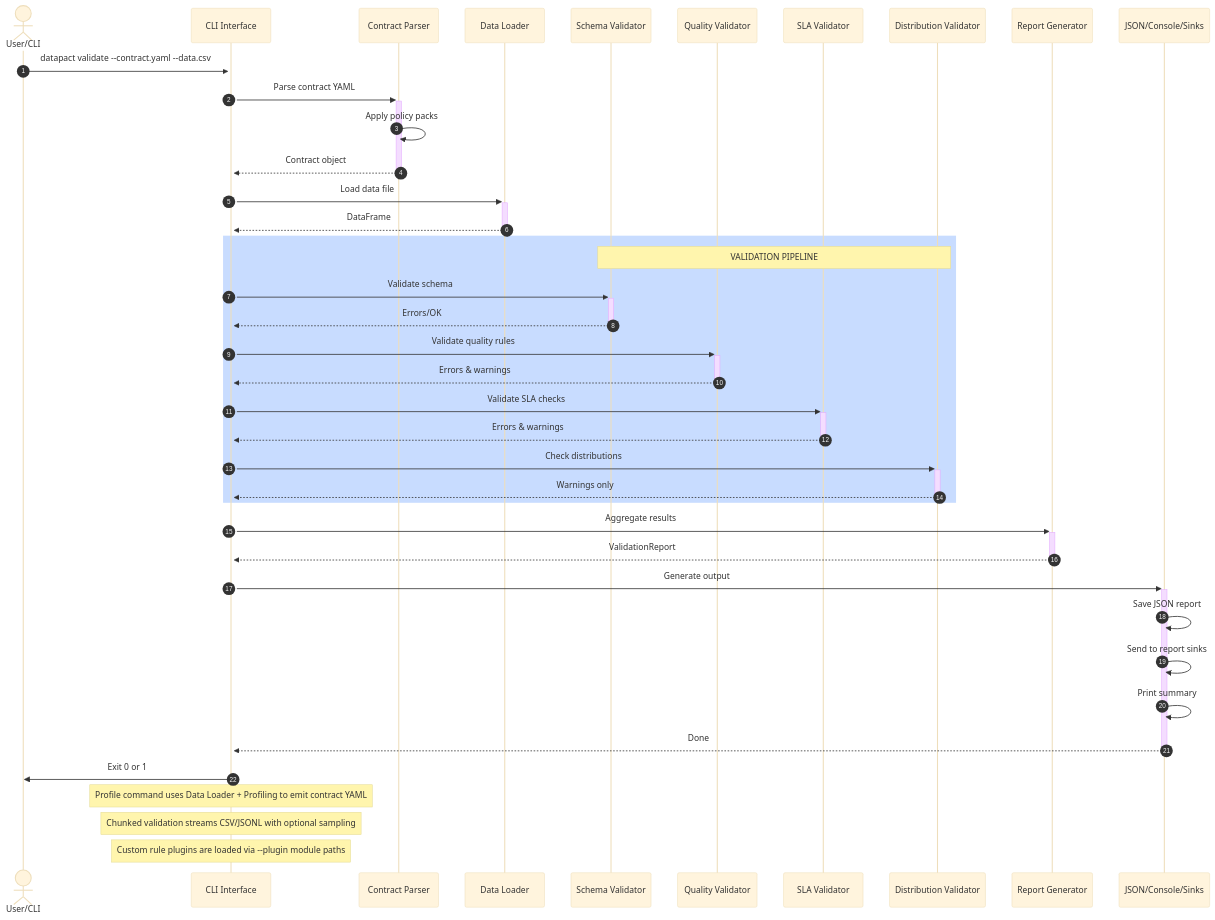
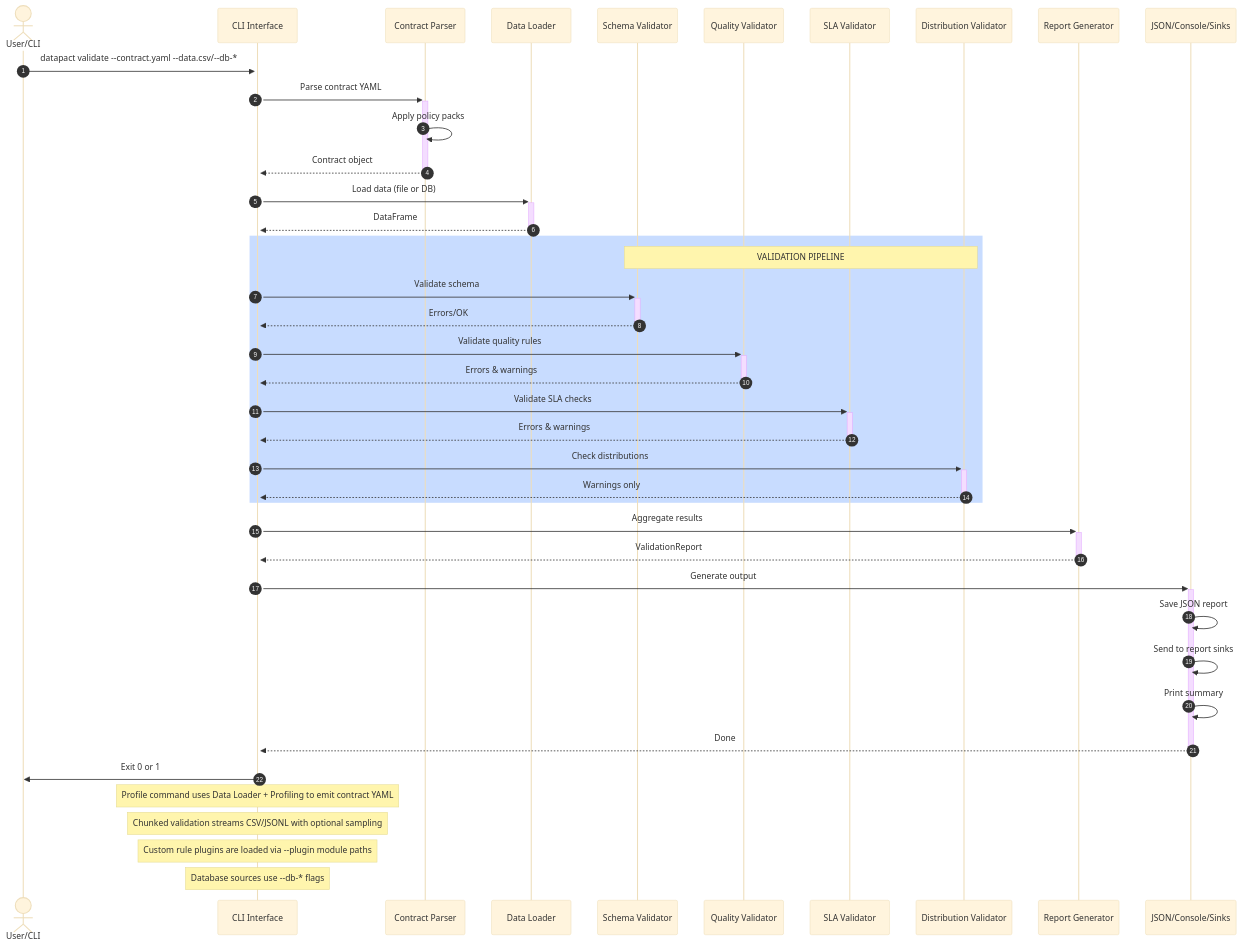
Before and after one commit to meetnishant/DataPact: the diagram in docs/sequenceDiagram.mmd, drawn with Mermaid (base theme). The commit also changed 24 other files, not shown here.

Commit message:
Add database sources and MySQL tests

```diff
--- a/docs/sequenceDiagram.mmd
+++ b/docs/sequenceDiagram.mmd
@@ -1,50 +1,51 @@
 sequenceDiagram
     autonumber
     actor User as User/CLI
     participant CLI as CLI Interface
     participant Parser as Contract Parser
     participant Loader as Data Loader
     participant Schema as Schema Validator
     participant Quality as Quality Validator
     participant SLA as SLA Validator
     participant Distribution as Distribution Validator
     participant Reporter as Report Generator
     participant Output as JSON/Console/Sinks
 
-    User->>+CLI: datapact validate --contract.yaml --data.csv
+    User->>+CLI: datapact validate --contract.yaml --data.csv/--db-*
     CLI->>+Parser: Parse contract YAML
     Parser->>Parser: Apply policy packs
     Parser-->>-CLI: Contract object
     
-    CLI->>+Loader: Load data file
+    CLI->>+Loader: Load data (file or DB)
     Loader-->>-CLI: DataFrame
     
     rect rgb(200, 220, 255)
     Note over Schema,Distribution: VALIDATION PIPELINE
     CLI->>+Schema: Validate schema
     Schema-->>-CLI: Errors/OK
     
     CLI->>+Quality: Validate quality rules
     Quality-->>-CLI: Errors & warnings
 
     CLI->>+SLA: Validate SLA checks
     SLA-->>-CLI: Errors & warnings
     
     CLI->>+Distribution: Check distributions
     Distribution-->>-CLI: Warnings only
     end
     
     CLI->>+Reporter: Aggregate results
     Reporter-->>-CLI: ValidationReport
     
     CLI->>+Output: Generate output
     Output->>Output: Save JSON report
     Output->>Output: Send to report sinks
     Output->>Output: Print summary
     Output-->>-CLI: Done
     
     CLI->>User: Exit 0 or 1
 
     Note over CLI: Profile command uses Data Loader + Profiling to emit contract YAML
     Note over CLI: Chunked validation streams CSV/JSONL with optional sampling
     Note over CLI: Custom rule plugins are loaded via --plugin module paths
+    Note over CLI: Database sources use --db-* flags
```
